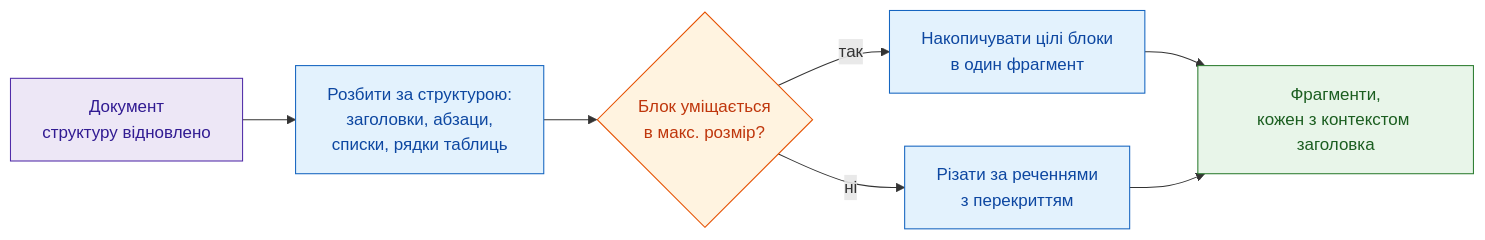
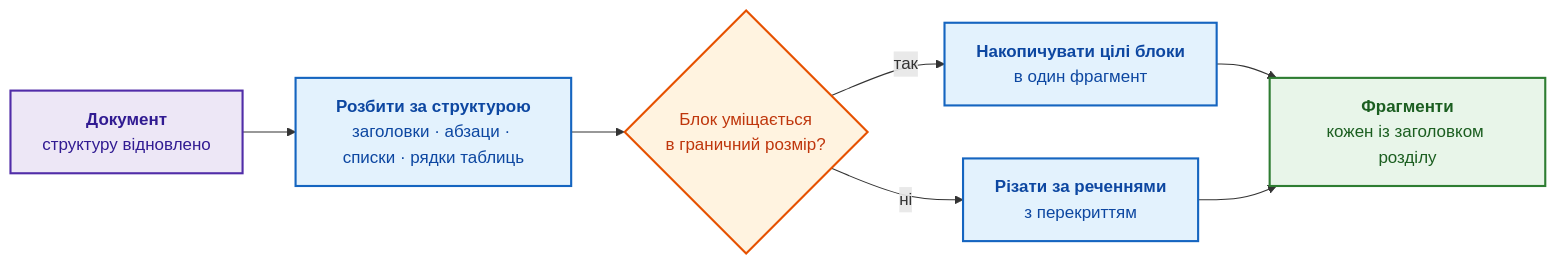
Before and after one commit to nick-fedchik/articles: the fifth of 9 diagrams in ExpertSystem/ch08-engineering-artifacts-as-data.md, drawn with Mermaid. The commit also changed other lines of this file, not shown here.

````diff
--- a/ExpertSystem/ch08-engineering-artifacts-as-data.md
+++ b/ExpertSystem/ch08-engineering-artifacts-as-data.md
@@ -324,22 +308,22 @@
 ```mermaid
 graph LR
     accTitle: Структурне нарізання документа на фрагменти
-    accDescr: Алгоритм розбиття документа за заголовками та блоками зі збереженням контексту та нарізанням довгих блоків.
+    accDescr: Документ розбивають за структурними блоками; блоки, що вміщаються в розмір, накопичують разом, а завеликі блоки ріжуть за реченнями з перекриттям; кожен фрагмент несе заголовок розділу.
 
-    D["Документ<br/>структуру відновлено"] --> P["Розбити за структурою:<br/>заголовки, абзаци,<br/>списки, рядки таблиць"]
-    P --> Q{"Блок уміщається<br/>в макс. розмір?"}
-    Q -->|так| A["Накопичувати цілі блоки<br/>в один фрагмент"]
-    Q -->|ні| B["Різати за реченнями<br/>з перекриттям"]
-    A --> F["Фрагменти,<br/>кожен з контекстом заголовка"]
+    D["<b>Документ</b><br/>структуру відновлено"] --> P["<b>Розбити за структурою</b><br/>заголовки · абзаци · списки · рядки таблиць"]
+    P --> Q{"Блок уміщається<br/>в граничний розмір?"}
+    Q -->|"так"| A["<b>Накопичувати цілі блоки</b><br/>в один фрагмент"]
+    Q -->|"ні"| B["<b>Різати за реченнями</b><br/>з перекриттям"]
+    A --> F["<b>Фрагменти</b><br/>кожен із заголовком розділу"]
     B --> F
 
-    classDef doc fill:#ede7f6,stroke:#512da8,color:#311b92;
-    classDef step fill:#e3f2fd,stroke:#1565c0,color:#0d47a1;
-    classDef check fill:#fff3e0,stroke:#e65100,color:#bf360c;
-    classDef out fill:#e8f5e9,stroke:#2e7d32,color:#1b5e20;
+    classDef doc fill:#ede7f6,stroke:#512da8,stroke-width:2px,color:#311b92;
+    classDef step fill:#e3f2fd,stroke:#1565c0,stroke-width:2px,color:#0d47a1;
+    classDef check fill:#fff3e0,stroke:#e65100,stroke-width:2px,color:#bf360c;
+    classDef out fill:#e8f5e9,stroke:#2e7d32,stroke-width:2px,color:#1b5e20;
 
     class D doc;
     class P,A,B step;
     class Q check;
     class F out;
 ```
````
